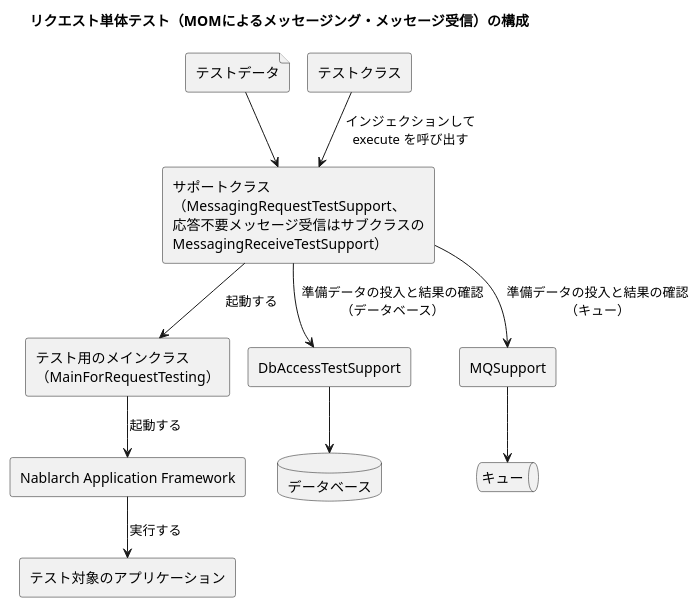
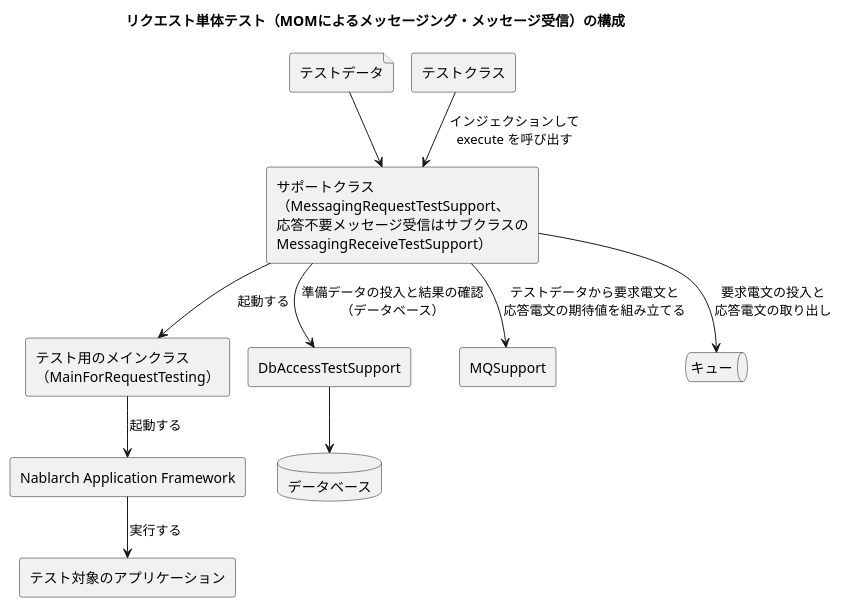
The diagram in ja/development_tools/testing_framework/implementation/request_unit_test/images/mom/request_test_components.puml (nablarch/nablarch-document), drawn with PlantUML before and after one commit. The commit also changed 2 other files, not shown here.

Commit message:
リクエスト単体テスト（MOM）: MQSupport の役割を「電文の組み立て」に正し、構成図のキューへの矢印をサポートクラスからにする
実測検証: MQSupport の公開メソッドは prepareRequestMessage・prepareForAssertion の 2 つで、テストデータから Putter／Comparator を返すだけ
（MQSupport.java:27-40@ae989ec）。キューへの送信と応答の受信は MessagingRequestTestSupport 自身が行う（:185-188・:196-197）。
同ページの execute_sequence 図は正しく描いており、構成図だけが矛盾していた。PNG は PlantUML 1.2025.4・temurin-17 で再生成。

```diff
--- a/ja/development_tools/testing_framework/implementation/request_unit_test/images/mom/request_test_components.puml
+++ b/ja/development_tools/testing_framework/implementation/request_unit_test/images/mom/request_test_components.puml
@@ -1,25 +1,25 @@
 @startuml
 !pragma layout smetana
 skinparam shadowing false
 skinparam defaultFontName "Noto Sans JP"
 title リクエスト単体テスト（MOMによるメッセージング・メッセージ受信）の構成
 file "テストデータ" as TD
 rectangle "テストクラス" as TC
 rectangle "サポートクラス\n（MessagingRequestTestSupport、\n応答不要メッセージ受信はサブクラスの\nMessagingReceiveTestSupport）" as SUP
 rectangle "テスト用のメインクラス\n（MainForRequestTesting）" as MAIN
 rectangle "Nablarch Application Framework" as NAF
 rectangle "テスト対象のアプリケーション" as APP
 rectangle "DbAccessTestSupport" as DATS
 rectangle "MQSupport" as MQS
 database "データベース" as DB
 queue "キュー" as Q
 TD --> SUP
 TC --> SUP : インジェクションして\nexecute を呼び出す
 SUP --> MAIN : 起動する
 MAIN --> NAF : 起動する
 NAF --> APP : 実行する
 SUP --> DATS : 準備データの投入と結果の確認\n（データベース）
-SUP --> MQS : 準備データの投入と結果の確認\n（キュー）
+SUP --> MQS : テストデータから要求電文と\n応答電文の期待値を組み立てる
+SUP --> Q : 要求電文の投入と\n応答電文の取り出し
 DATS --> DB
-MQS --> Q
 @enduml
```
